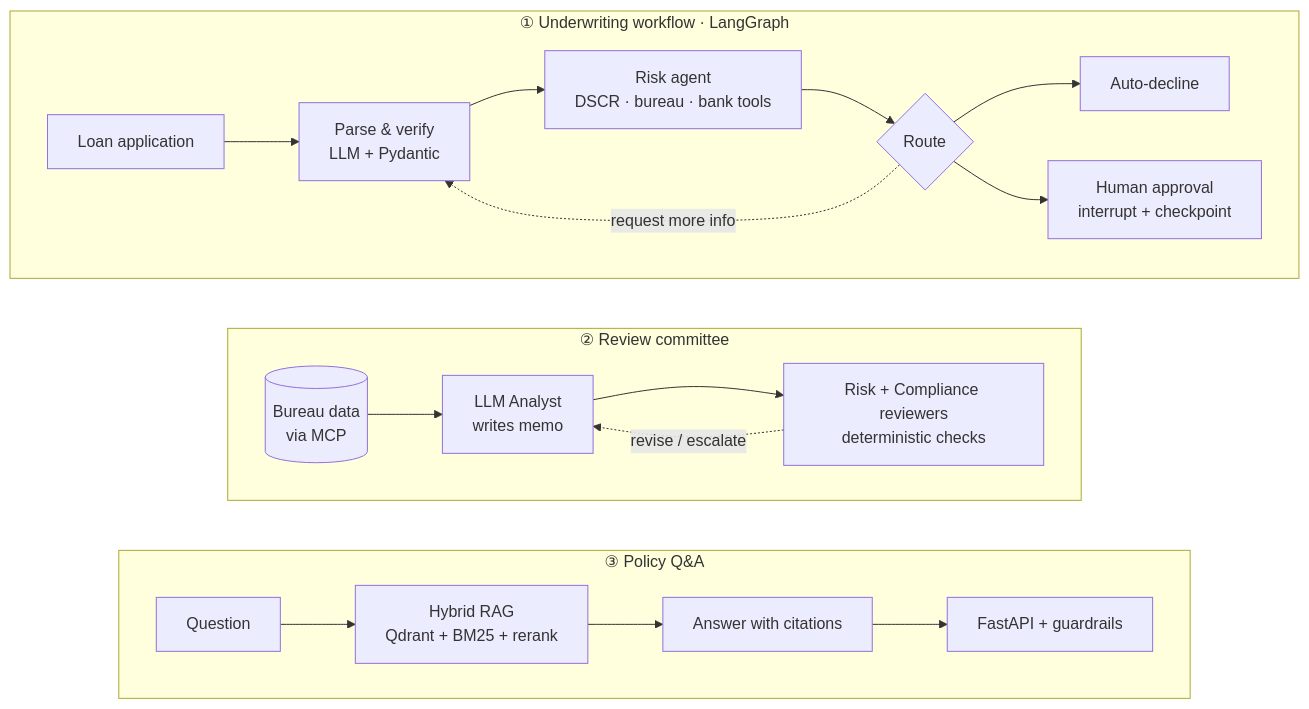
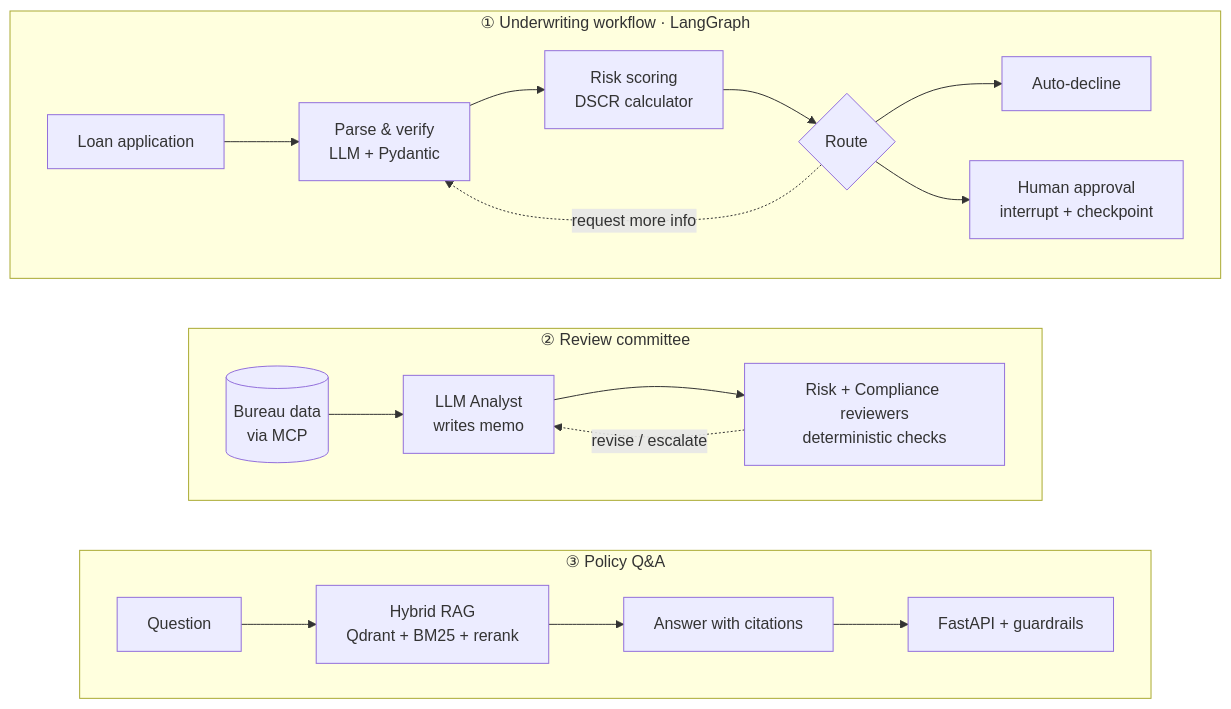
One commit to abhi-1006/abhi-1006 changed the diagram in README.md. Above: the diagram before and after it, drawn with Mermaid. The commit also changed other lines of this file, not shown here.

````diff
--- a/README.md
+++ b/README.md
@@ -30,25 +30,25 @@
 ```mermaid
 flowchart TB
     subgraph UW["① Underwriting workflow · LangGraph"]
         direction LR
         A[Loan application] --> B["Parse & verify<br/>LLM + Pydantic"]
-        B --> C["Risk agent<br/>DSCR · bureau · bank tools"]
+        B --> C["Risk scoring<br/>DSCR calculator"]
         C --> E{Route}
         E --> F[Auto-decline]
         E --> G["Human approval<br/>interrupt + checkpoint"]
         E -. request more info .-> B
     end
     subgraph CM["② Review committee"]
         direction LR
         MCP[("Bureau data<br/>via MCP")] --> H["LLM Analyst<br/>writes memo"]
         H --> R["Risk + Compliance reviewers<br/>deterministic checks"]
         R -. revise / escalate .-> H
     end
     subgraph QA["③ Policy Q&A"]
         direction LR
         K[Question] --> L["Hybrid RAG<br/>Qdrant + BM25 + rerank"]
         L --> M[Answer with citations]
         M --> API["FastAPI + guardrails"]
     end
     UW ~~~ CM ~~~ QA
 ```
````
